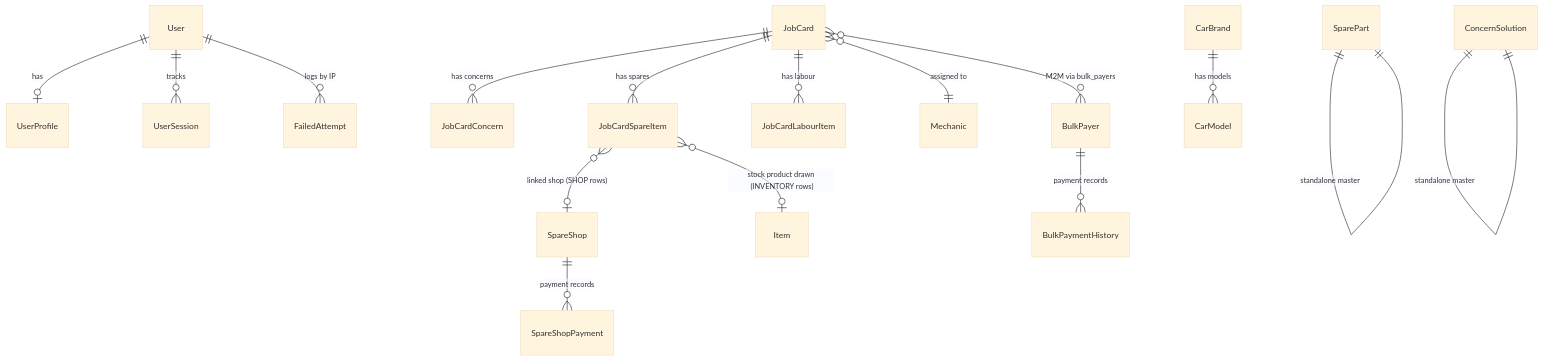
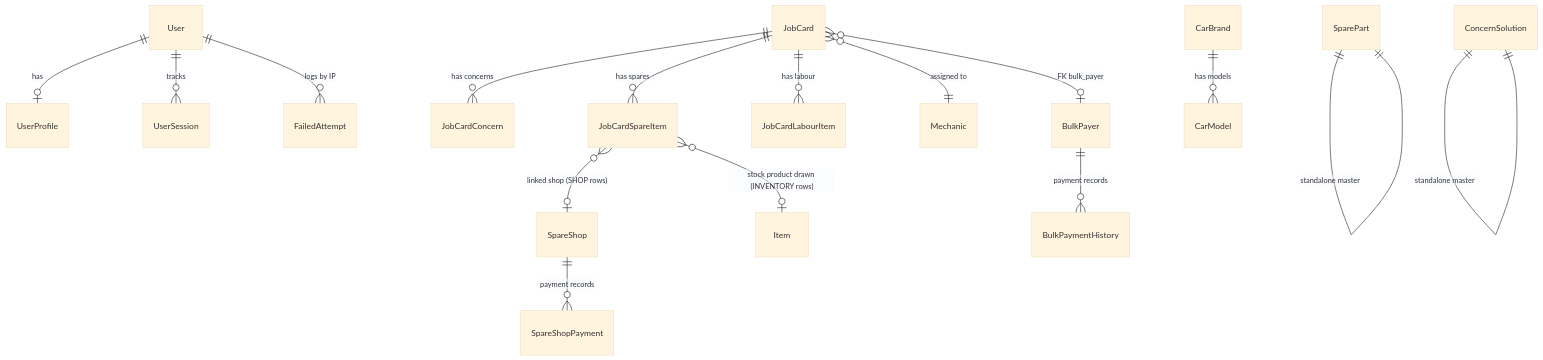
Before and after one commit to Irshaduu/WorkshopOS: the second of 6 diagrams in MASTER_BLUEPRINT.md, drawn with Mermaid (base theme). The commit also changed other lines of this file and 22 other files, not shown here.

````diff
--- a/MASTER_BLUEPRINT.md
+++ b/MASTER_BLUEPRINT.md
@@ -83,23 +83,23 @@
 ```mermaid
 erDiagram
     User ||--o| UserProfile : "has"
     User ||--o{ UserSession : "tracks"
     User ||--o{ FailedAttempt : "logs by IP"
 
     JobCard ||--o{ JobCardConcern : "has concerns"
     JobCard ||--o{ JobCardSpareItem : "has spares"
     JobCard ||--o{ JobCardLabourItem : "has labour"
     JobCard }o--|| Mechanic : "assigned to"
-    JobCard }o--o{ BulkPayer : "M2M via bulk_payers"
+    JobCard }o--o| BulkPayer : "FK bulk_payer"
 
     JobCardSpareItem }o--o| SpareShop : "linked shop (SHOP rows)"
     JobCardSpareItem }o--o| Item : "stock product drawn (INVENTORY rows)"
 
     CarBrand ||--o{ CarModel : "has models"
 
     BulkPayer ||--o{ BulkPaymentHistory : "payment records"
     SpareShop ||--o{ SpareShopPayment : "payment records"
 
     SparePart ||--|| SparePart : "standalone master"
     ConcernSolution ||--|| ConcernSolution : "standalone master"
 ```
````
